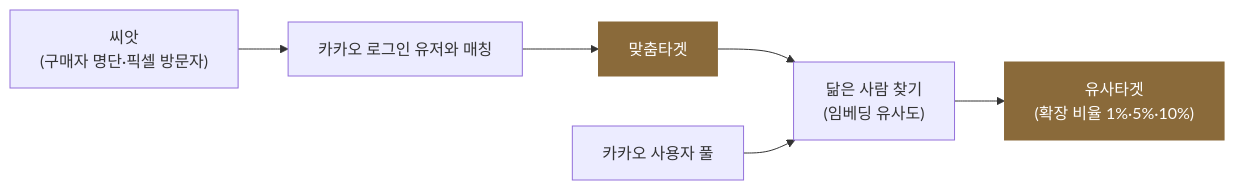
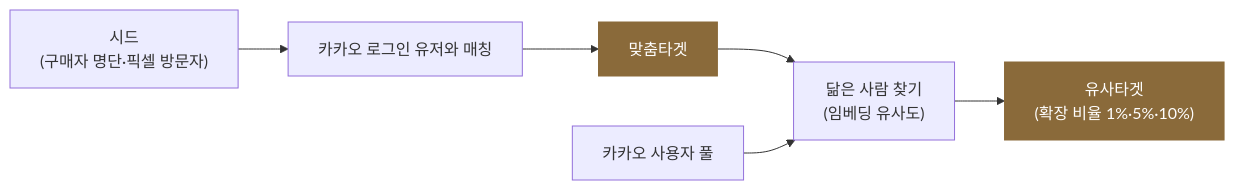
One commit to chkimsu/adtech-blog changed the second of 2 diagrams in posts/kakao-ads-prediction-targeting.md. Above: the diagram before and after it, drawn with Mermaid. The commit also changed other lines of this file and 17 other files, not shown here.

````diff
--- a/posts/kakao-ads-prediction-targeting.md
+++ b/posts/kakao-ads-prediction-targeting.md
@@ -228,10 +228,10 @@
 ```mermaid
 graph LR
-    SEED["씨앗<br/>(구매자 명단·픽셀 방문자)"] --> MATCH["카카오 로그인 유저와 매칭"]
+    SEED["시드<br/>(구매자 명단·픽셀 방문자)"] --> MATCH["카카오 로그인 유저와 매칭"]
     MATCH --> CUSTOM["맞춤타겟"]
     CUSTOM --> EXPAND["닮은 사람 찾기<br/>(임베딩 유사도)"]
     POOL["카카오 사용자 풀"] --> EXPAND
     EXPAND --> LAL["유사타겟<br/>(확장 비율 1%·5%·10%)"]
     style CUSTOM fill:#8a6a3a,stroke:#8a6a3a,color:#fff
     style LAL fill:#8a6a3a,stroke:#8a6a3a,color:#fff
 ```
````
